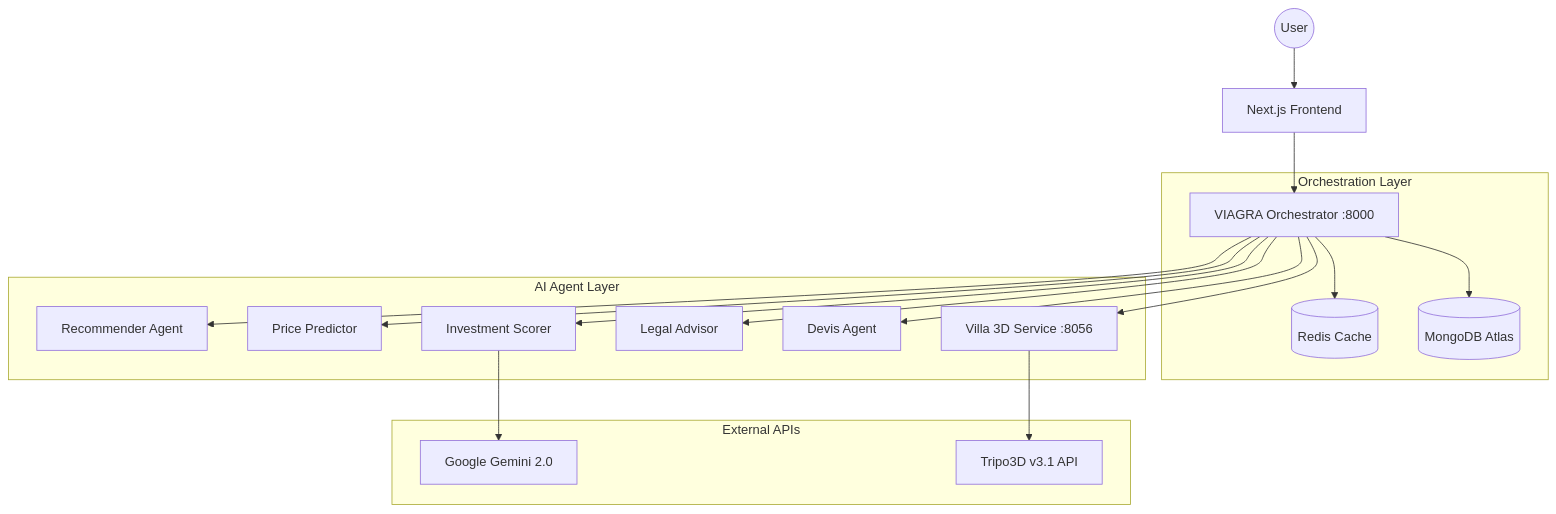
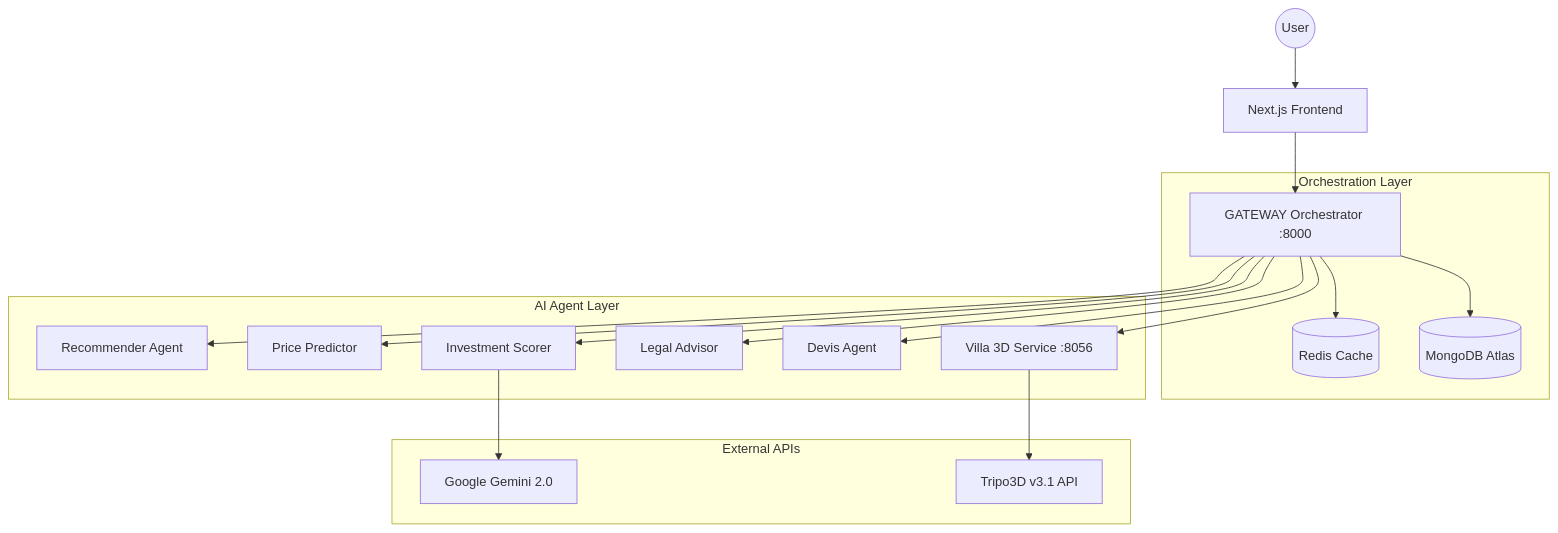
The diagram in TECHNICAL_ARCHITECTURE.md (dhia10/EstateMind), drawn with Mermaid before and after one commit. The commit also changed other lines of this file and 20 other files, not shown here.

Commit message:
refactor: rename internal orchestrator to gateway and remove temporary naming references

````diff
--- a/TECHNICAL_ARCHITECTURE.md
+++ b/TECHNICAL_ARCHITECTURE.md
@@ -26,24 +26,24 @@
 ```mermaid
 graph TD
     User((User)) --> NextJS[Next.js Frontend]
-    NextJS --> VIAGRA[VIAGRA Orchestrator :8000]
+    NextJS --> GATEWAY[GATEWAY Orchestrator :8000]
     
     subgraph "Orchestration Layer"
-        VIAGRA --> Redis[(Redis Cache)]
-        VIAGRA --> MongoDB[(MongoDB Atlas)]
+        GATEWAY --> Redis[(Redis Cache)]
+        GATEWAY --> MongoDB[(MongoDB Atlas)]
     end
     
     subgraph "AI Agent Layer"
-        VIAGRA --> RecAgent[Recommender Agent]
-        VIAGRA --> PriceAgent[Price Predictor]
-        VIAGRA --> InvestAgent[Investment Scorer]
-        VIAGRA --> LegalAgent[Legal Advisor]
-        VIAGRA --> DevisAgent[Devis Agent]
-        VIAGRA --> Villa3D[Villa 3D Service :8056]
+        GATEWAY --> RecAgent[Recommender Agent]
+        GATEWAY --> PriceAgent[Price Predictor]
+        GATEWAY --> InvestAgent[Investment Scorer]
+        GATEWAY --> LegalAgent[Legal Advisor]
+        GATEWAY --> DevisAgent[Devis Agent]
+        GATEWAY --> Villa3D[Villa 3D Service :8056]
     end
     
     subgraph "External APIs"
         InvestAgent --> Gemini[Google Gemini 2.0]
         Villa3D --> Tripo3D[Tripo3D v3.1 API]
     end
 ```
````
